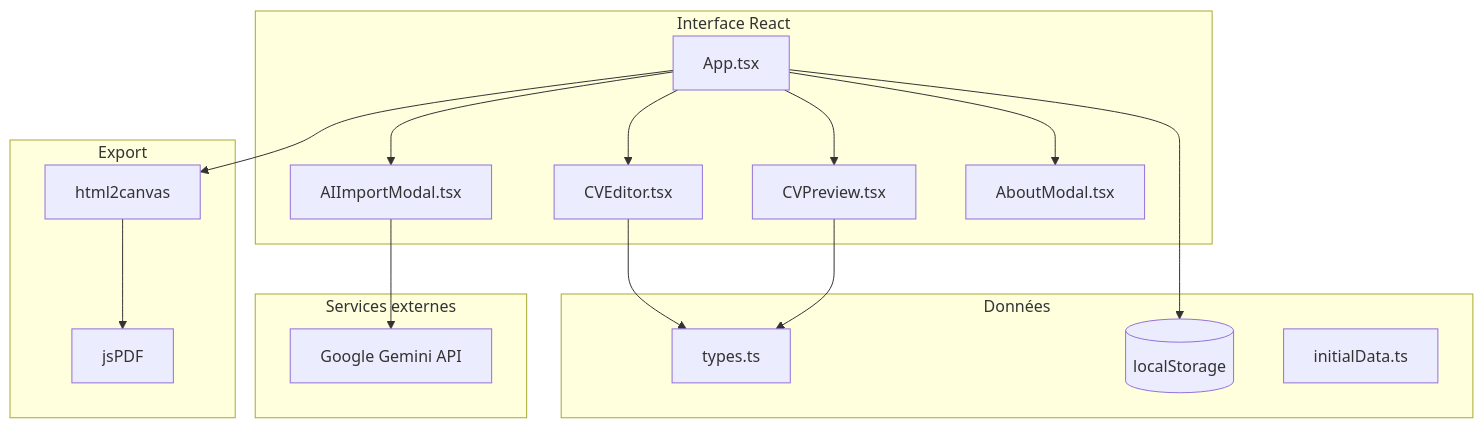
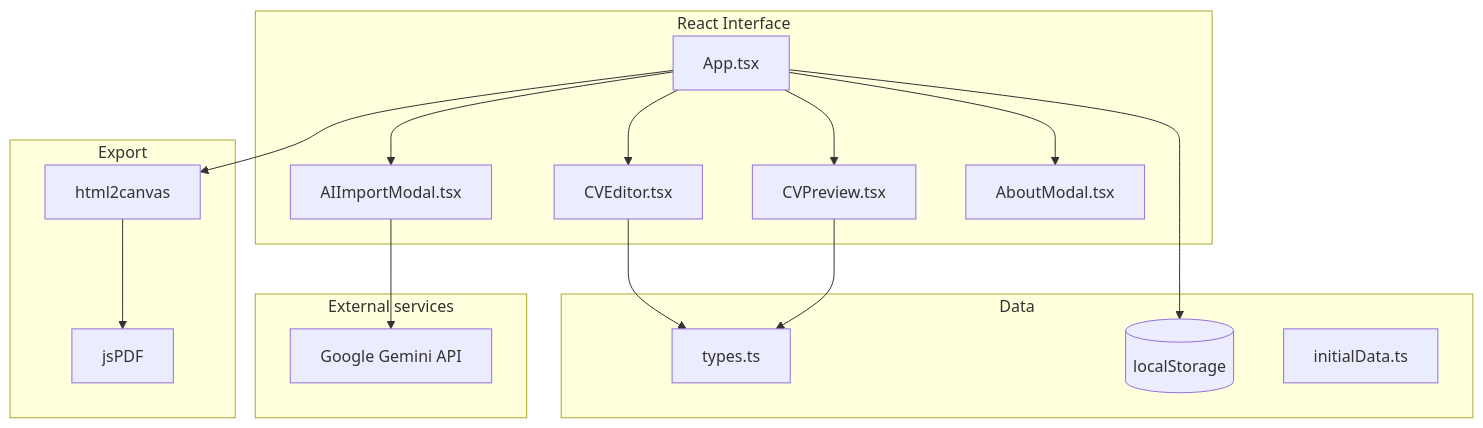
Before and after one commit to kouame09/Fiiltr: the second of 2 diagrams in README.md, drawn with Mermaid. The commit also changed other lines of this file, not shown here.

````diff
--- a/README.md
+++ b/README.md
@@ -95,35 +95,35 @@
 ```mermaid
 flowchart TB
-  subgraph ui [Interface React]
+  subgraph ui [React Interface]
     App[App.tsx]
     Editor[CVEditor.tsx]
     Preview[CVPreview.tsx]
     AI[AIImportModal.tsx]
     About[AboutModal.tsx]
   end
 
-  subgraph data [Données]
+  subgraph data [Data]
     Types[types.ts]
     Storage[(localStorage)]
     Initial[initialData.ts]
   end
 
   subgraph export [Export]
     H2C[html2canvas]
     PDF[jsPDF]
   end
 
-  subgraph external [Services externes]
+  subgraph external [External services]
     Gemini[Google Gemini API]
   end
 
   App --> Editor
   App --> Preview
   App --> AI
   App --> About
   Editor --> Types
   Preview --> Types
   App --> Storage
   AI --> Gemini
   App --> H2C --> PDF
 ```
````
